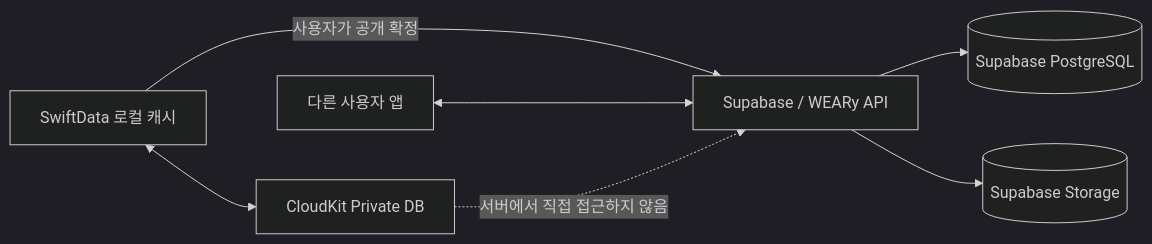
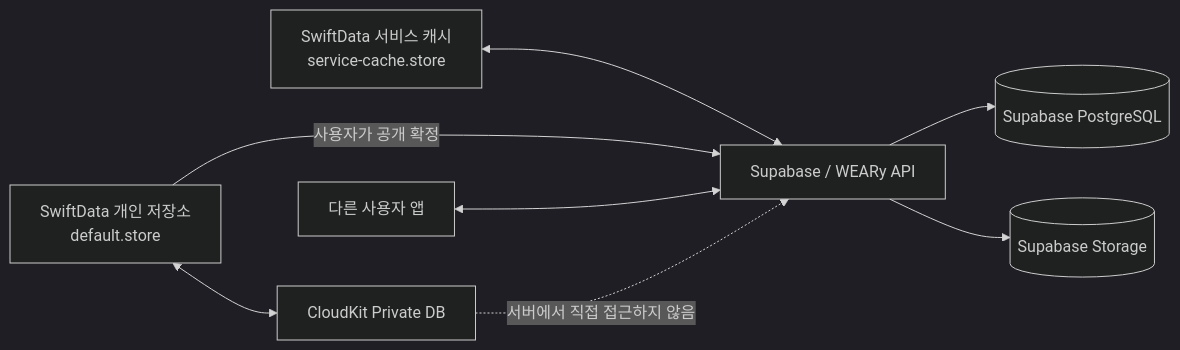
One commit to 77romin/weary changed the first of 4 diagrams in DATA_ARCHITECTURE.md. Above: the diagram before and after it, drawn with Mermaid (dark theme). The commit also changed other lines of this file and 7 other files, not shown here.

Commit message:
feat: prepare personal storage for CloudKit

````diff
--- a/DATA_ARCHITECTURE.md
+++ b/DATA_ARCHITECTURE.md
@@ -23,10 +23,11 @@
 ```mermaid
 flowchart LR
-    A[SwiftData 로컬 캐시] <--> B[CloudKit Private DB]
-    A -->|사용자가 공개 확정| C[Supabase / WEARy API]
+    A[SwiftData 개인 저장소<br/>default.store] <--> B[CloudKit Private DB]
+    G[SwiftData 서비스 캐시<br/>service-cache.store] <--> C[Supabase / WEARy API]
+    A -->|사용자가 공개 확정| C
     C --> D[(Supabase PostgreSQL)]
     C --> E[(Supabase Storage)]
     F[다른 사용자 앱] <--> C
 
     B -. 서버에서 직접 접근하지 않음 .-> C
 ```
````
